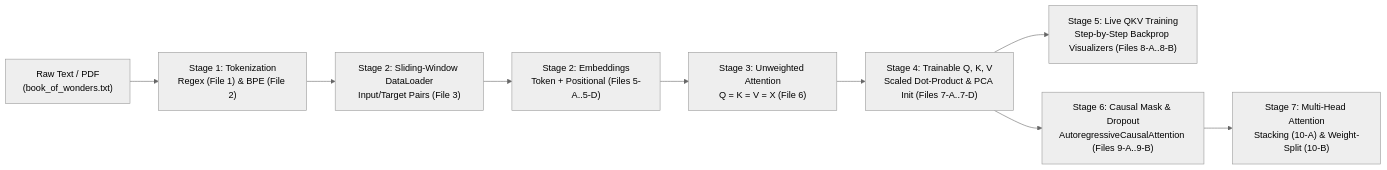
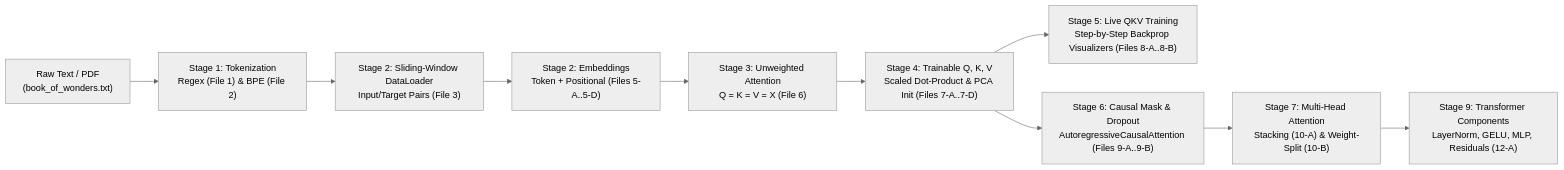
Before and after one commit to a-ramakrishnan/tokenize_to_Q_K_V: the diagram in README.md, drawn with Mermaid (neutral theme). The commit also changed other lines of this file and 1 other file, not shown here.

Commit message:
Add File 12-A: LayerNorm, GELU, FeedForward MLP, and Residual Connections

````diff
--- a/README.md
+++ b/README.md
@@ -25,11 +25,12 @@
 ```mermaid
 flowchart LR
     A["Raw Text / PDF<br/>(book_of_wonders.txt)"] --> B["Stage 1: Tokenization<br/>Regex (File 1) & BPE (File 2)"]
     B --> C["Stage 2: Sliding-Window DataLoader<br/>Input/Target Pairs (File 3)"]
     C --> D["Stage 2: Embeddings<br/>Token + Positional (Files 5-A..5-D)"]
     D --> E["Stage 3: Unweighted Attention<br/>Q = K = V = X (File 6)"]
     E --> F["Stage 4: Trainable Q, K, V<br/>Scaled Dot-Product & PCA Init (Files 7-A..7-D)"]
     F --> G["Stage 5: Live QKV Training<br/>Step-by-Step Backprop Visualizers (Files 8-A..8-B)"]
     F --> H["Stage 6: Causal Mask & Dropout<br/>AutoregressiveCausalAttention (Files 9-A..9-B)"]
     H --> I["Stage 7: Multi-Head Attention<br/>Stacking (10-A) & Weight-Split (10-B)"]
+    I --> K["Stage 9: Transformer Components<br/>LayerNorm, GELU, MLP, Residuals (12-A)"]
 ```
````
